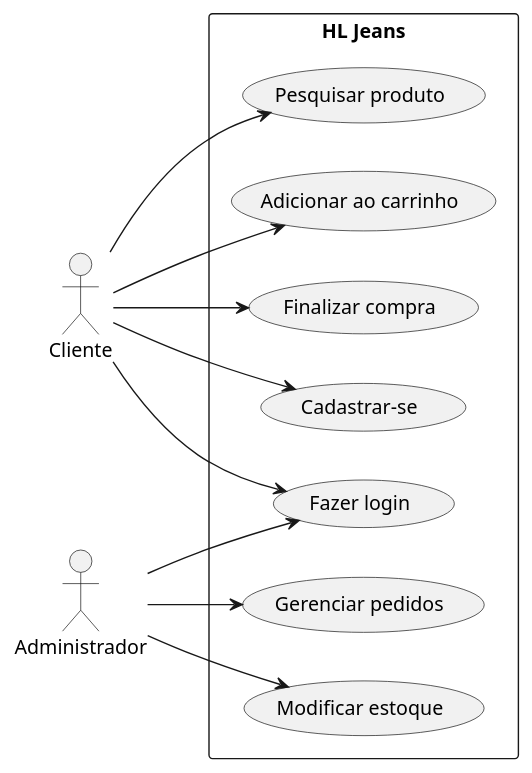
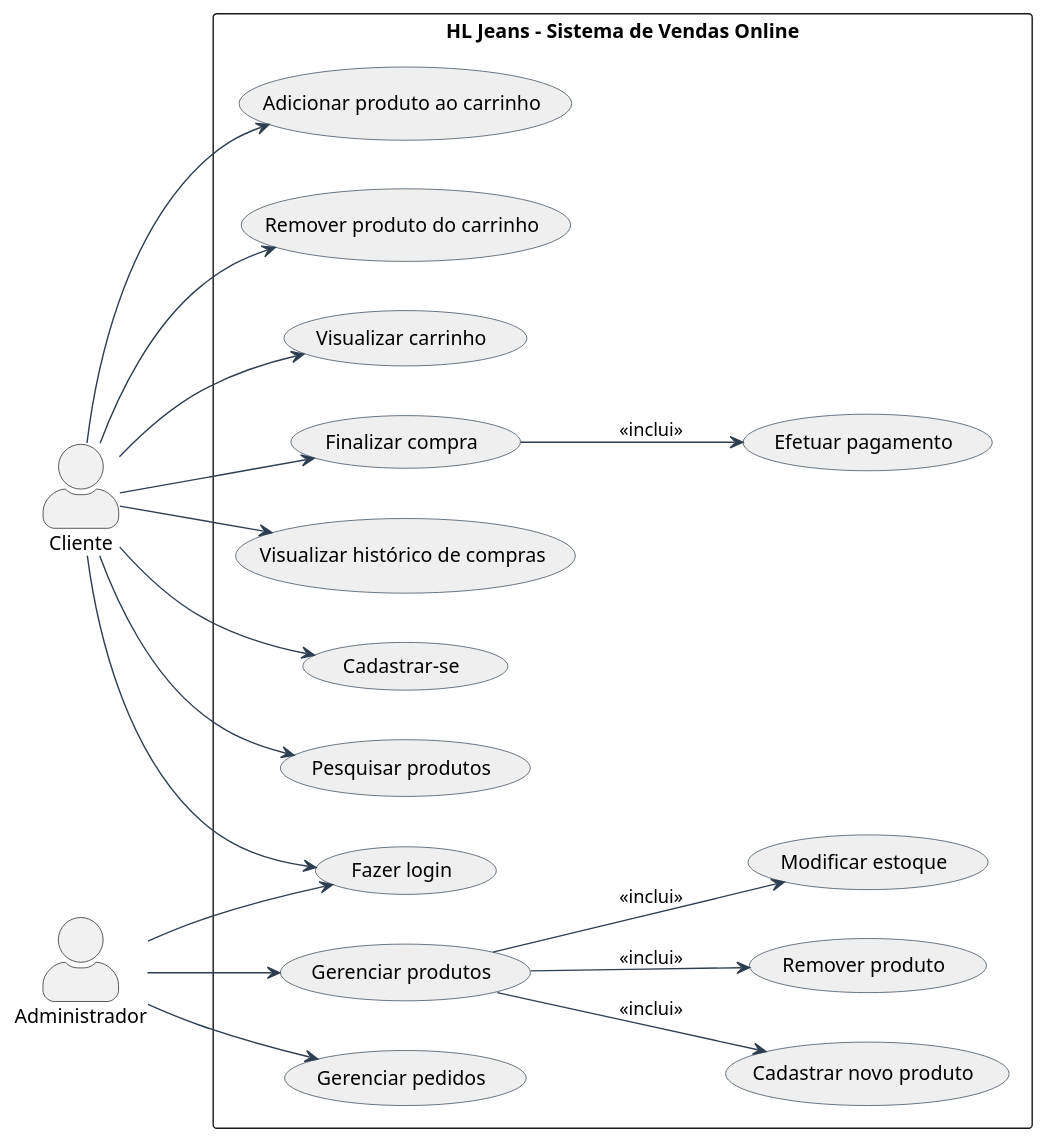
The diagram in caso_de_uso.puml (JHugoRodrigues/HL_Jeans), drawn with PlantUML before and after one commit.

```diff
--- a/caso_de_uso.puml
+++ b/caso_de_uso.puml
@@ -1,27 +1,55 @@
-@startuml Sistema
+@startuml HL_Jeans
 left to right direction
 skinparam packageStyle rectangle
+skinparam actorStyle awesome
+skinparam shadowing false
+skinparam usecase {
+  BackgroundColor #EFEFEF
+  BorderColor #2D3E50
+  ArrowColor #2D3E50
+}
+
 actor "Cliente" as Cliente
 actor "Administrador" as Admin
 
-rectangle "HL Jeans" {
+rectangle "HL Jeans - Sistema de Vendas Online" {
+    
     (Cadastrar-se) as Cadastrar
     (Fazer login) as Login
-    (Pesquisar produto) as Pesquisa
-    (Adicionar ao carrinho) as Carrinho
-    (Finalizar compra) as Compra
-    (Modificar estoque) as Modificar
-    (Gerenciar pedidos) as Pedidos
+    (Pesquisar produtos) as Pesquisar
+    (Adicionar produto ao carrinho) as AdicionarCarrinho
+    (Remover produto do carrinho) as RemoverCarrinho
+    (Visualizar carrinho) as VerCarrinho
+    (Finalizar compra) as FinalizarCompra
+    (Visualizar histórico de compras) as Historico
+    (Efetuar pagamento) as Pagamento
+    
+    (Gerenciar produtos) as GerenciarProdutos
+    (Modificar estoque) as ModificarEstoque
+    (Cadastrar novo produto) as CadastrarProduto
+    (Remover produto) as RemoverProduto
+    (Gerenciar pedidos) as GerenciarPedidos
 }
 
+' --- Relacionamentos do Cliente ---
 Cliente --> Cadastrar
 Cliente --> Login
-Cliente --> Pesquisa
-Cliente --> Carrinho
-Cliente --> Compra
+Cliente --> Pesquisar
+Cliente --> AdicionarCarrinho
+Cliente --> RemoverCarrinho
+Cliente --> VerCarrinho
+Cliente --> FinalizarCompra
+Cliente --> Historico
 
-Admin --> Modificar
-Admin --> Pedidos
+FinalizarCompra --> Pagamento : <<inclui>>
+
+' --- Relacionamentos do Administrador ---
 Admin --> Login
+Admin --> GerenciarProdutos
+Admin --> GerenciarPedidos
+
+GerenciarProdutos --> ModificarEstoque : <<inclui>>
+GerenciarProdutos --> CadastrarProduto : <<inclui>>
+GerenciarProdutos --> RemoverProduto : <<inclui>>
 
 @enduml
```
